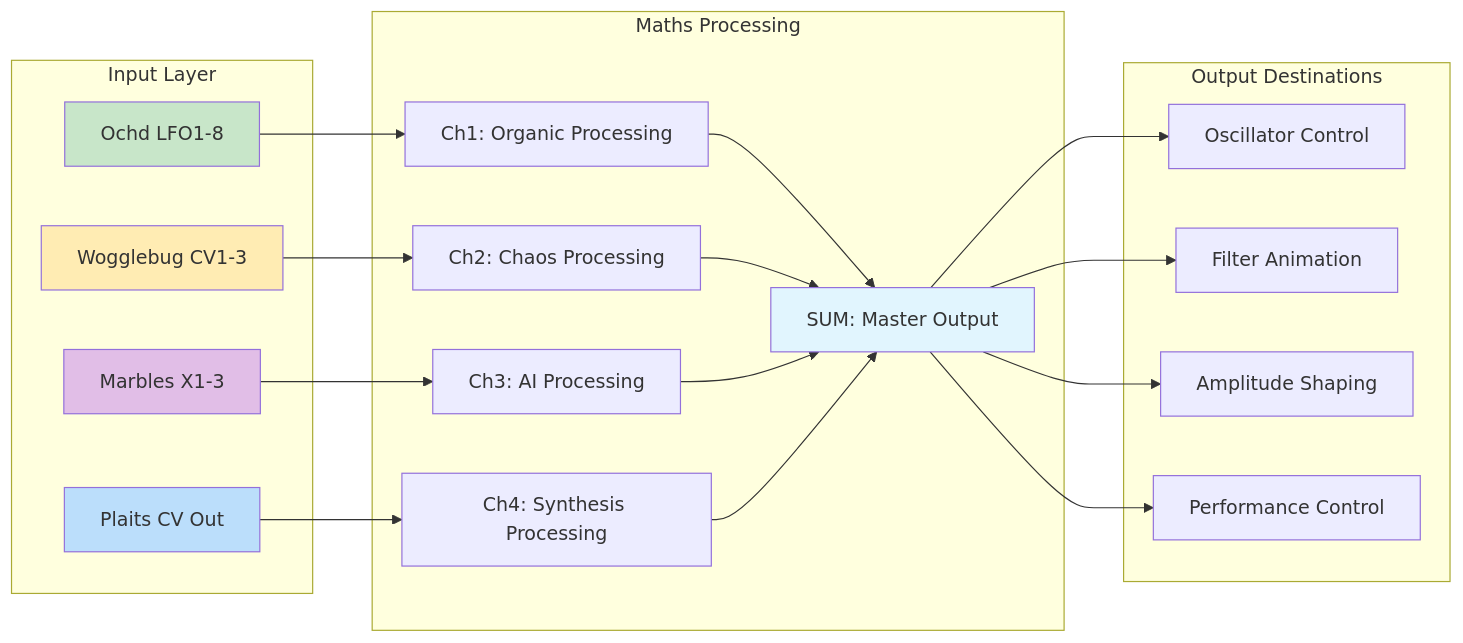
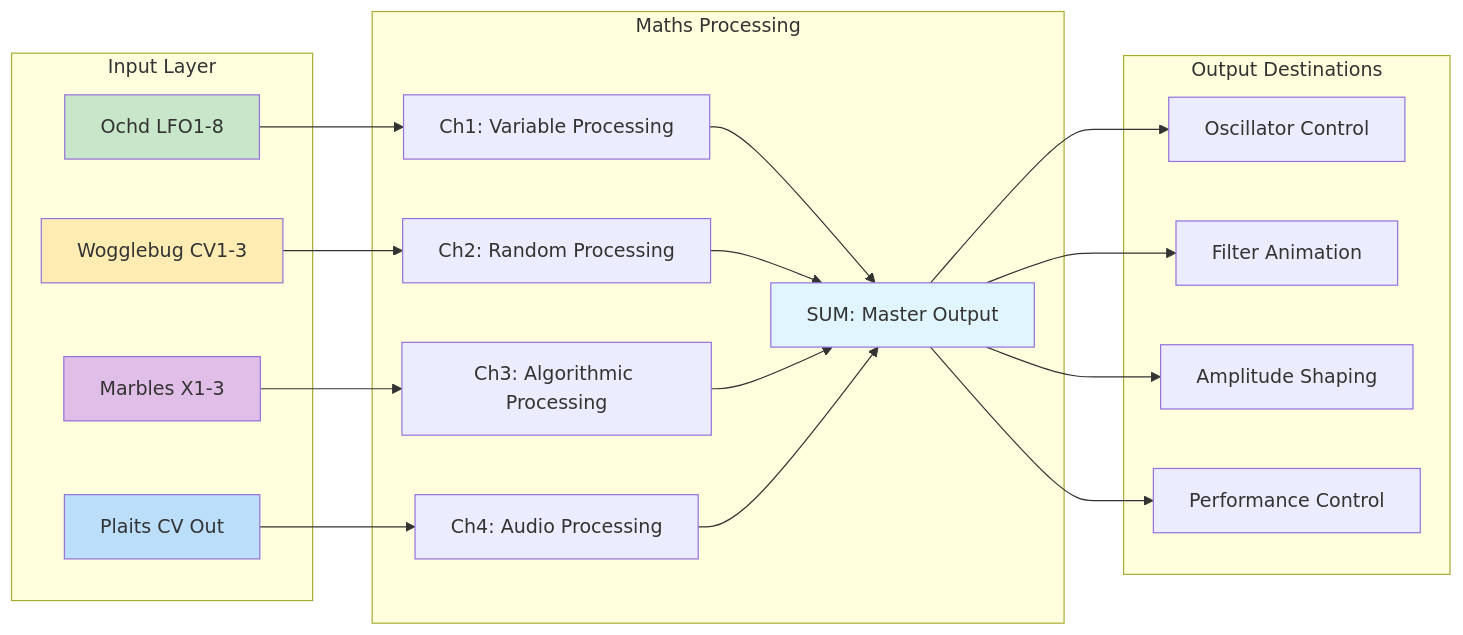
One commit to DGretta/Music changed the fifth of 6 diagrams in modular/make_noise_maths_guide.md. Above: the diagram before and after it, drawn with Mermaid. The commit also changed other lines of this file, not shown here.

Commit message:
Fix biological language violations in Maths guide Mermaid sections - use circuit-based terminology

````diff
--- a/modular/make_noise_maths_guide.md
+++ b/modular/make_noise_maths_guide.md
@@ -409,45 +409,45 @@
 ```mermaid
 flowchart LR
     subgraph "Input Layer"
         O[Ochd LFO1-8] 
         W[Wogglebug CV1-3]
         M[Marbles X1-3]
         P[Plaits CV Out]
     end
     
     subgraph "Maths Processing"
-        CH1[Ch1: Organic Processing]
-        CH2[Ch2: Chaos Processing]  
-        CH3[Ch3: AI Processing]
-        CH4[Ch4: Synthesis Processing]
+        CH1[Ch1: Variable Processing]
+        CH2[Ch2: Random Processing]  
+        CH3[Ch3: Algorithmic Processing]
+        CH4[Ch4: Audio Processing]
         SUM[SUM: Master Output]
     end
     
     subgraph "Output Destinations"
         OSC[Oscillator Control]
         FILT[Filter Animation]
         AMP[Amplitude Shaping]
         PERF[Performance Control]
     end
     
     O --> CH1
     W --> CH2
     M --> CH3
     P --> CH4
     
     CH1 --> SUM
     CH2 --> SUM
     CH3 --> SUM
     CH4 --> SUM
     
     SUM --> OSC
     SUM --> FILT
     SUM --> AMP
     SUM --> PERF
     
     style O fill:#c8e6c9
     style W fill:#ffecb3
     style M fill:#e1bee7
     style P fill:#bbdefb
     style SUM fill:#e1f5fe
 ```
````
